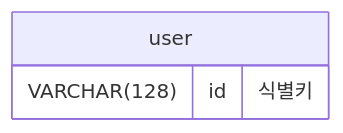
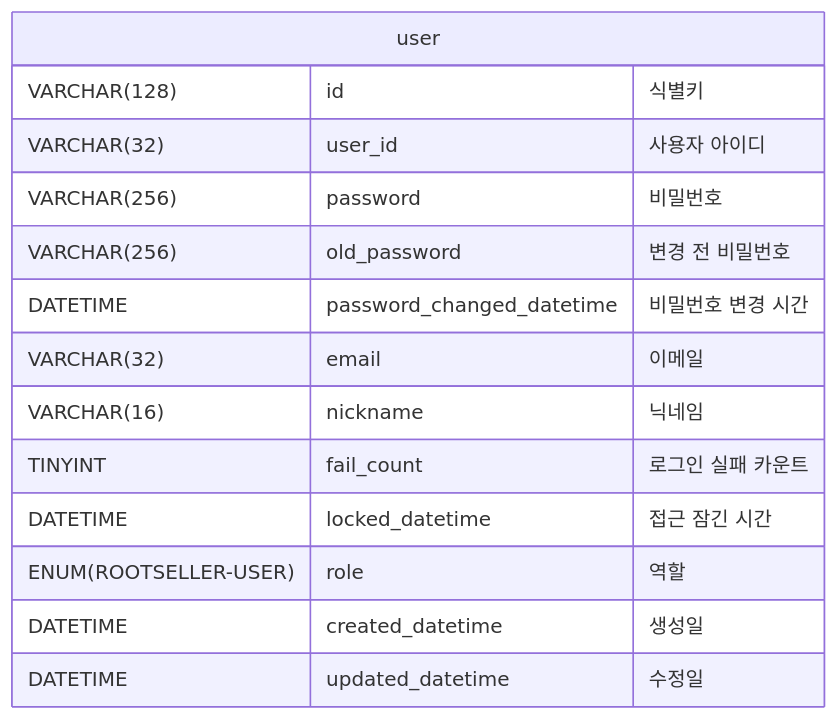
One commit to newkayak12/prototype-reservation-system changed the diagram in docs/request/erd/ERD.md. Above: the diagram before and after it, drawn with Mermaid.

Commit message:
vault backup: 2025-05-19 20:36:38

````diff
--- a/docs/request/erd/ERD.md
+++ b/docs/request/erd/ERD.md
@@ -1,12 +1,26 @@
 ```mermaid
 ---
 prototype
 ---
 erDiagram
     
     user[user] {
         VARCHAR(128) id "식별키"
+        VARCHAR(32) user_id "사용자 아이디"
         
+        VARCHAR(256) password "비밀번호"
+        VARCHAR(256) old_password "변경 전 비밀번호"
+        DATETIME password_changed_datetime "비밀번호 변경 시간"
+        
+        VARCHAR(32) email "이메일"
+        VARCHAR(16) nickname "닉네임"
+        TINYINT fail_count "로그인 실패 카운트"
+        DATETIME locked_datetime "접근 잠긴 시간"
+        
+        ENUM(ROOTSELLER-USER) role "역할"
+        
+        DATETIME created_datetime "생성일"
+        DATETIME updated_datetime "수정일"
     }
 
 ```
````
